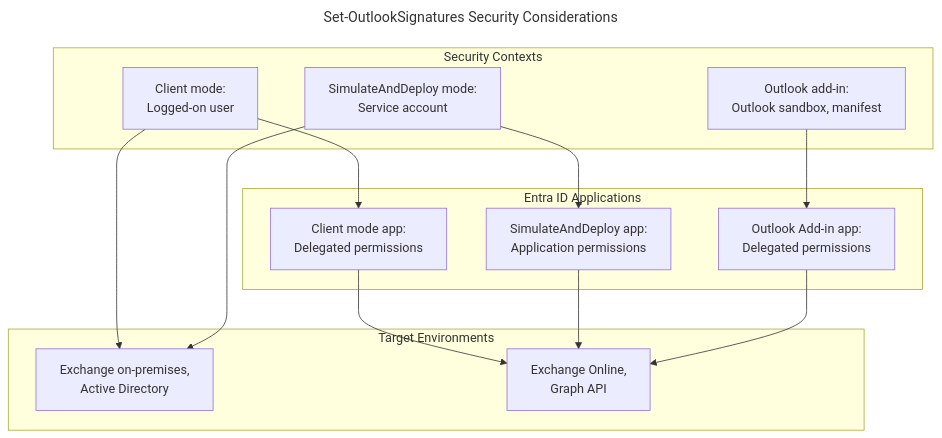
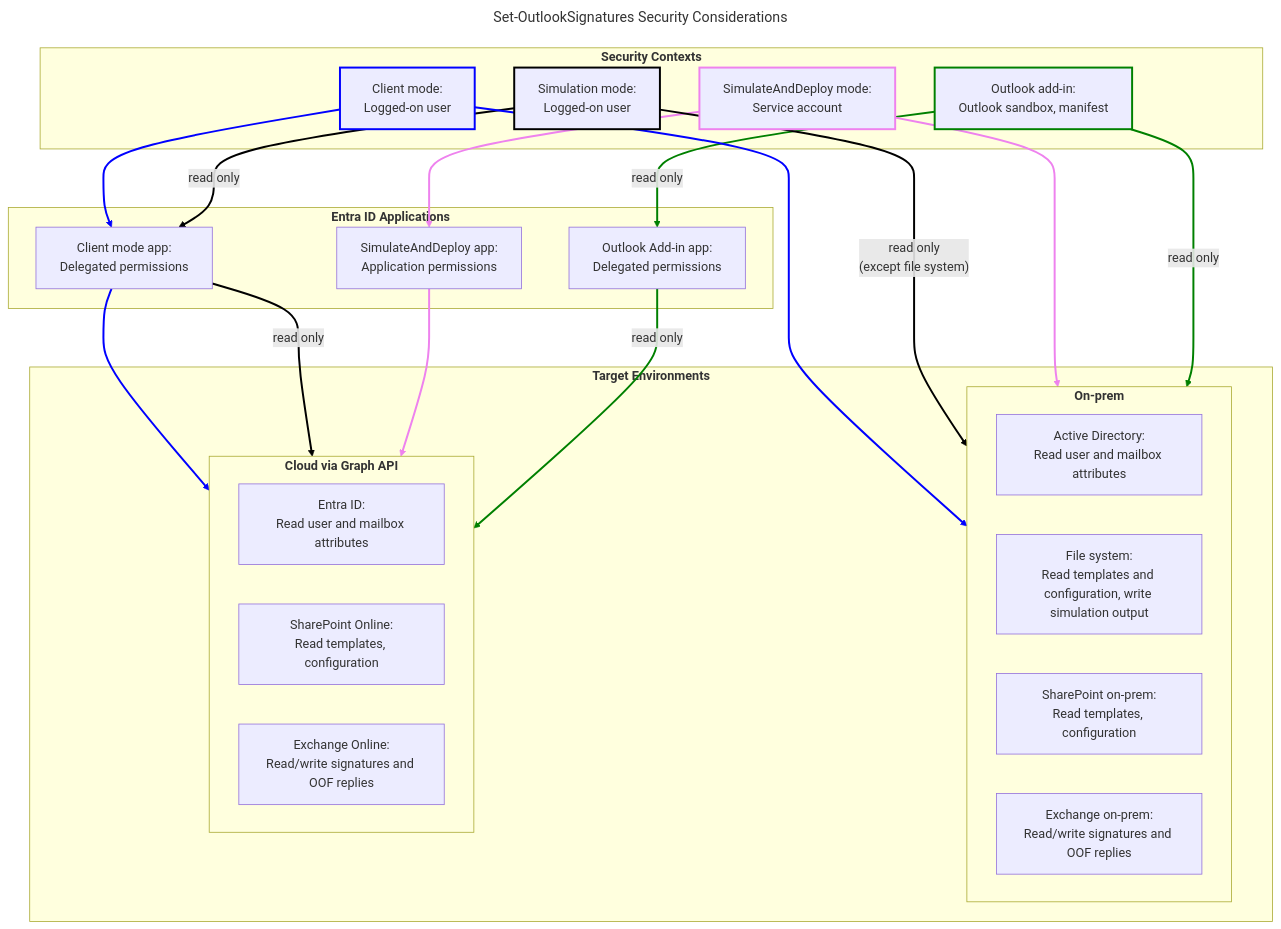
One commit to ExplicITConsulting/set-outlooksignatures.com changed the second of 2 diagrams in details.en.md. Above: the diagram before and after it, drawn with Mermaid. The commit also changed other lines of this file, not shown here.

Commit message:
docs(details): Update security diagram and adjust styles

````diff
--- a/details.en.md
+++ b/details.en.md
@@ -360,33 +360,58 @@
 ```mermaid
 ---
 title: Set-OutlookSignatures Security Considerations
 ---
-graph TD
-  subgraph Contexts [Security Contexts]
-    UserCtx[Client mode:<br>Logged-on user]
-    SvcCtx[SimulateAndDeploy mode:<br>Service account]
-    AddInCtx[Outlook add-in:<br>Outlook sandbox, manifest]
+flowchart TB
+  subgraph Contexts ["<b>Security Contexts</b>"]
+    UserCtx["Client mode:<br>Logged-on user"]
+    SimulateCtx["Simulation mode:<br>Logged-on user"]
+    SvcCtx["SimulateAndDeploy mode:<br>Service account"]
+    AddInCtx["Outlook add-in:<br>Outlook sandbox, manifest"]
   end
 
-  subgraph EntraApps [Entra ID Applications]
-    ClientApp[Client mode app:<br>Delegated permissions]
-    DeployApp[SimulateAndDeploy app:<br>Application permissions]
-    AddInApp[Outlook Add-in app:<br>Delegated permissions]
+  subgraph EntraApps ["<b>Entra ID Applications</b>"]
+    ClientApp["Client mode app:<br>Delegated permissions"]
+    DeployApp["SimulateAndDeploy app:<br>Application permissions"]
+    AddInApp["Outlook Add-in app:<br>Delegated permissions"]
   end
 
-  subgraph Targets [Target Environments]
-    OnPrem[Exchange on-premises,<br>Active Directory]
-    Exo[Exchange Online,<br>Graph API]
+  subgraph Targets ["<b>Target Environments</b>"]
+    subgraph onprem ["<b>On-prem</b>"]
+      ActiveDirectory["Active Directory:<br>Read user and mailbox attributes"]
+      File["File system:<br>Read templates and configuration, write simulation output"]
+      SharePointOnprem["SharePoint on-prem:<br>Read templates, configuration"]
+      ExchangeOnprem["Exchange on-prem:<br>Read/write signatures and OOF replies"]
+    end
+
+    subgraph cloud ["<b>Cloud via Graph API</b>"]
+      EntraID["Entra ID:<br>Read user and mailbox attributes"]
+      SharePointOnline["SharePoint Online:<br>Read templates, configuration"]
+      ExchangeOnline["Exchange Online:<br>Read/write signatures and OOF replies"]
+    end
   end
 
-  UserCtx --> OnPrem
+  UserCtx --> onprem
   UserCtx --> ClientApp
-  ClientApp --> Exo
+  ClientApp --> cloud
 
-  SvcCtx --> OnPrem
+  SimulateCtx --> |"read only<br>(except file system)"| onprem
+  SimulateCtx --> |"read only"| ClientApp --> |"read only"| cloud
+
+  SvcCtx --> onprem
   SvcCtx --> DeployApp
-  DeployApp --> Exo
+  DeployApp --> cloud
 
-  AddInCtx --> AddInApp
-  AddInApp --> Exo
+  AddInCtx --> |"read only"| AddInApp
+  AddInCtx --> |"read only"| onprem
+  AddInApp --> |"read only"| cloud
+  
+  style UserCtx stroke:blue,stroke-width:2.5px
+  style SimulateCtx stroke:black,stroke-width:2.5px
+  style SvcCtx stroke:violet,stroke-width:2.5px
+  style AddInCtx stroke:green,stroke-width:2.5px
+
+  linkStyle 0,1,2 stroke: blue, stroke-width: 2.5px
+  linkStyle 3,4,5 stroke: black, stroke-width: 2.5px
+  linkStyle 6,7,8 stroke: violet, stroke-width: 2.5px
+  linkStyle 9,10,11 stroke: green, stroke-width: 2.5px
 ```
````
